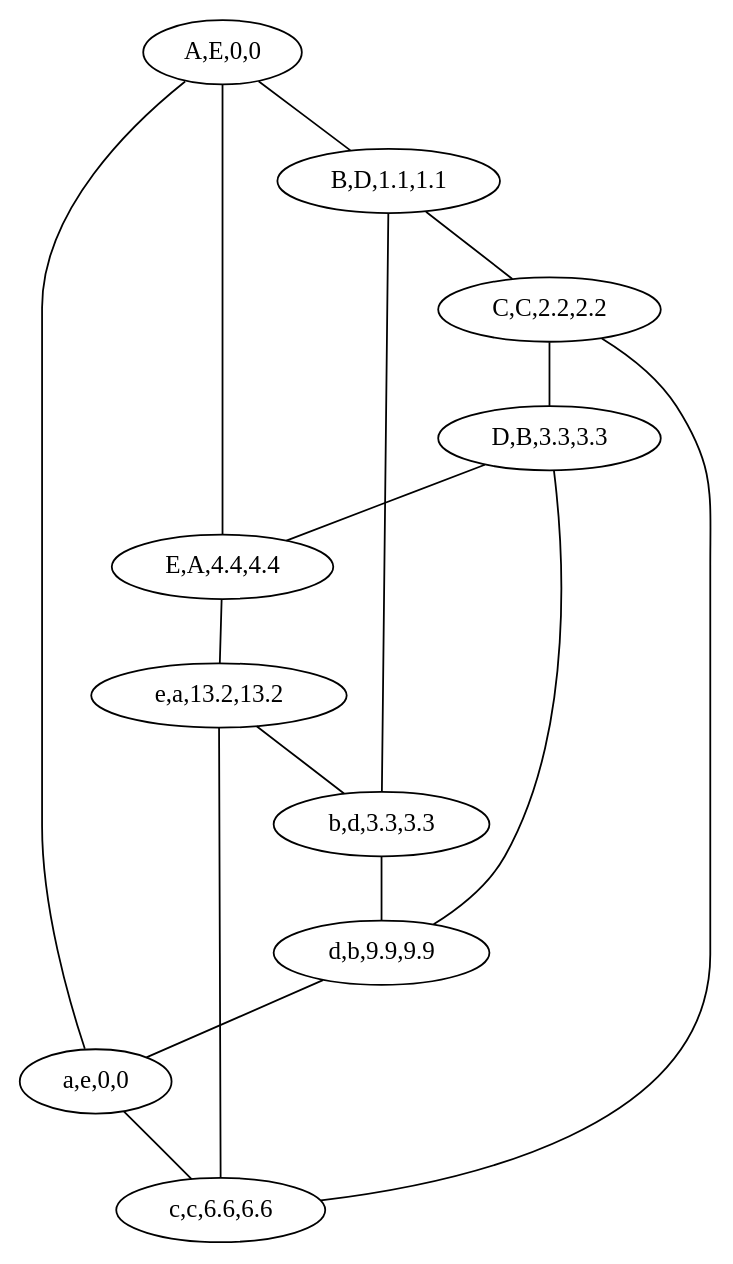
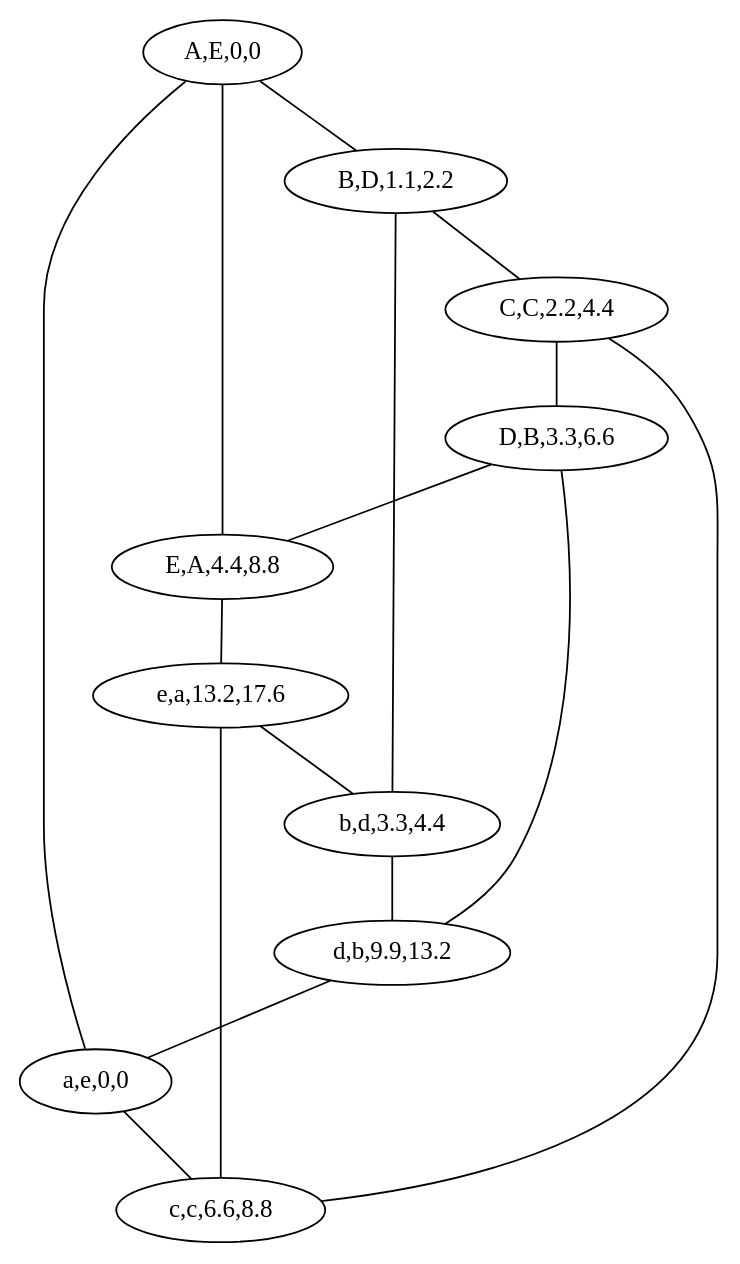
The diagram in BoostGraphTutorial/create_custom_vertices_petersen_graph.dot (richelbilderbeek/boost_graph_cookbook_1), drawn with Graphviz before and after one commit. The commit also changed 69 other files, not shown here.

```diff
--- a/BoostGraphTutorial/create_custom_vertices_petersen_graph.dot
+++ b/BoostGraphTutorial/create_custom_vertices_petersen_graph.dot
@@ -1,27 +1,27 @@
 graph G {
 0[label="A,E,0,0"];
-1[label="B,D,1.1,1.1"];
-2[label="C,C,2.2,2.2"];
-3[label="D,B,3.3,3.3"];
-4[label="E,A,4.4,4.4"];
+1[label="B,D,1.1,2.2"];
+2[label="C,C,2.2,4.4"];
+3[label="D,B,3.3,6.6"];
+4[label="E,A,4.4,8.8"];
 5[label="a,e,0,0"];
-6[label="b,d,3.3,3.3"];
-7[label="c,c,6.6,6.6"];
-8[label="d,b,9.9,9.9"];
-9[label="e,a,13.2,13.2"];
+6[label="b,d,3.3,4.4"];
+7[label="c,c,6.6,8.8"];
+8[label="d,b,9.9,13.2"];
+9[label="e,a,13.2,17.6"];
 0--1 ;
 1--2 ;
 2--3 ;
 3--4 ;
 4--0 ;
 0--5 ;
 1--6 ;
 2--7 ;
 3--8 ;
 4--9 ;
 5--7 ;
 6--8 ;
 7--9 ;
 8--5 ;
 9--6 ;
 }
```
